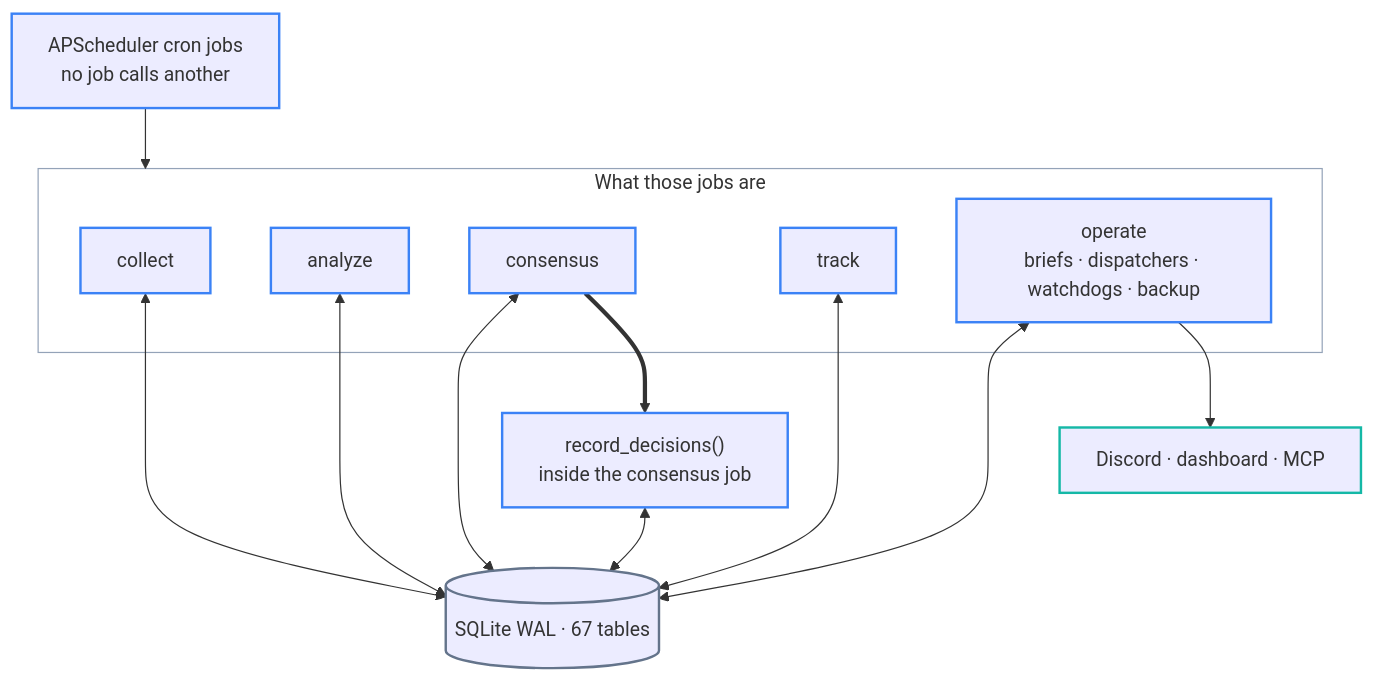
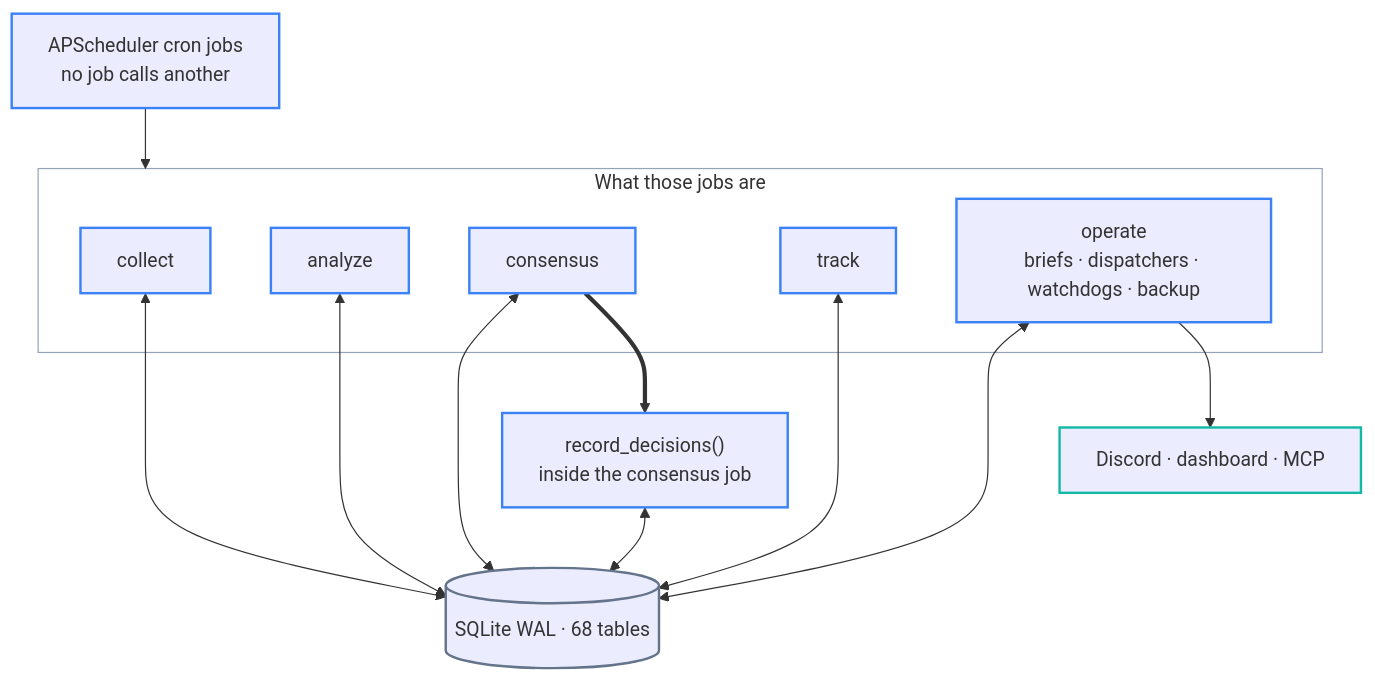
Before and after one commit to researcherhojin/nuri-quant: the second of 4 diagrams in docs/ARCHITECTURE.md, drawn with Mermaid. The commit also changed other lines of this file and 14 other files, not shown here.

````diff
--- a/docs/ARCHITECTURE.md
+++ b/docs/ARCHITECTURE.md
@@ -99,35 +99,35 @@
 ```mermaid
 flowchart TB
     CLOCK["APScheduler cron jobs<br/>no job calls another"]
 
     subgraph JOBS["What those jobs are"]
         JC["collect"]
         JA["analyze"]
         JD["consensus"]
         JT["track"]
         JO["operate<br/>briefs · dispatchers · watchdogs · backup"]
     end
 
-    DB[("SQLite WAL · 67 tables")]
+    DB[("SQLite WAL · 68 tables")]
     RD["record_decisions()<br/>inside the consensus job"]
     OUT["Discord · dashboard · MCP"]
 
     CLOCK --> JOBS
     JC <--> DB
     JA <--> DB
     JD <--> DB
     JD ==> RD
     RD <--> DB
     JT <--> DB
     JO <--> DB
     JO --> OUT
 
     classDef step  stroke:#3b82f6,stroke-width:2px
     classDef store stroke:#64748b,stroke-width:2px
     classDef out   stroke:#14b8a6,stroke-width:2px
     classDef zone  fill:none,stroke:#94a3b8,stroke-width:1px
     class CLOCK,JC,JA,JD,JT,JO,RD step
     class DB store
     class OUT out
     class JOBS zone
 ```
````
